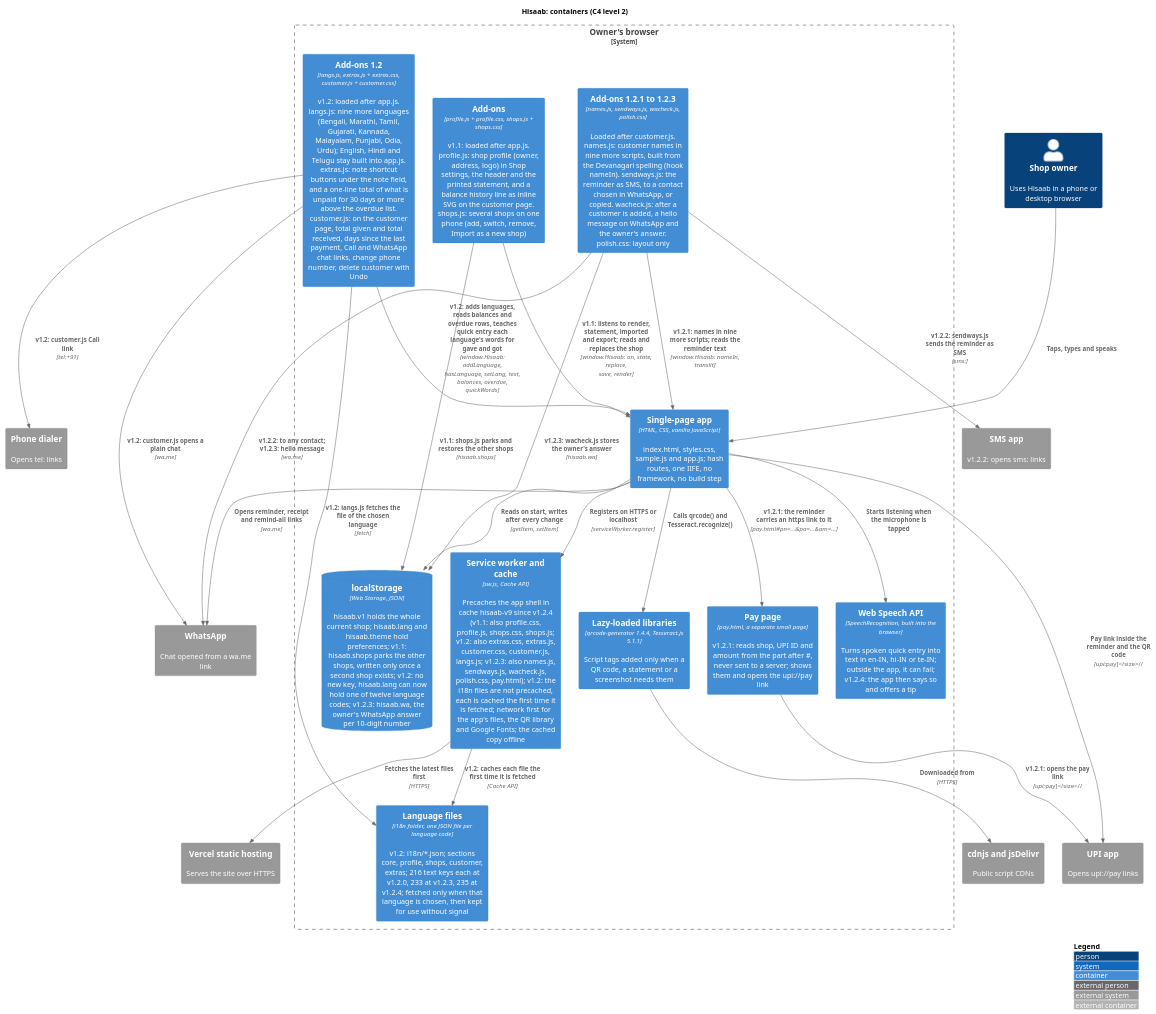
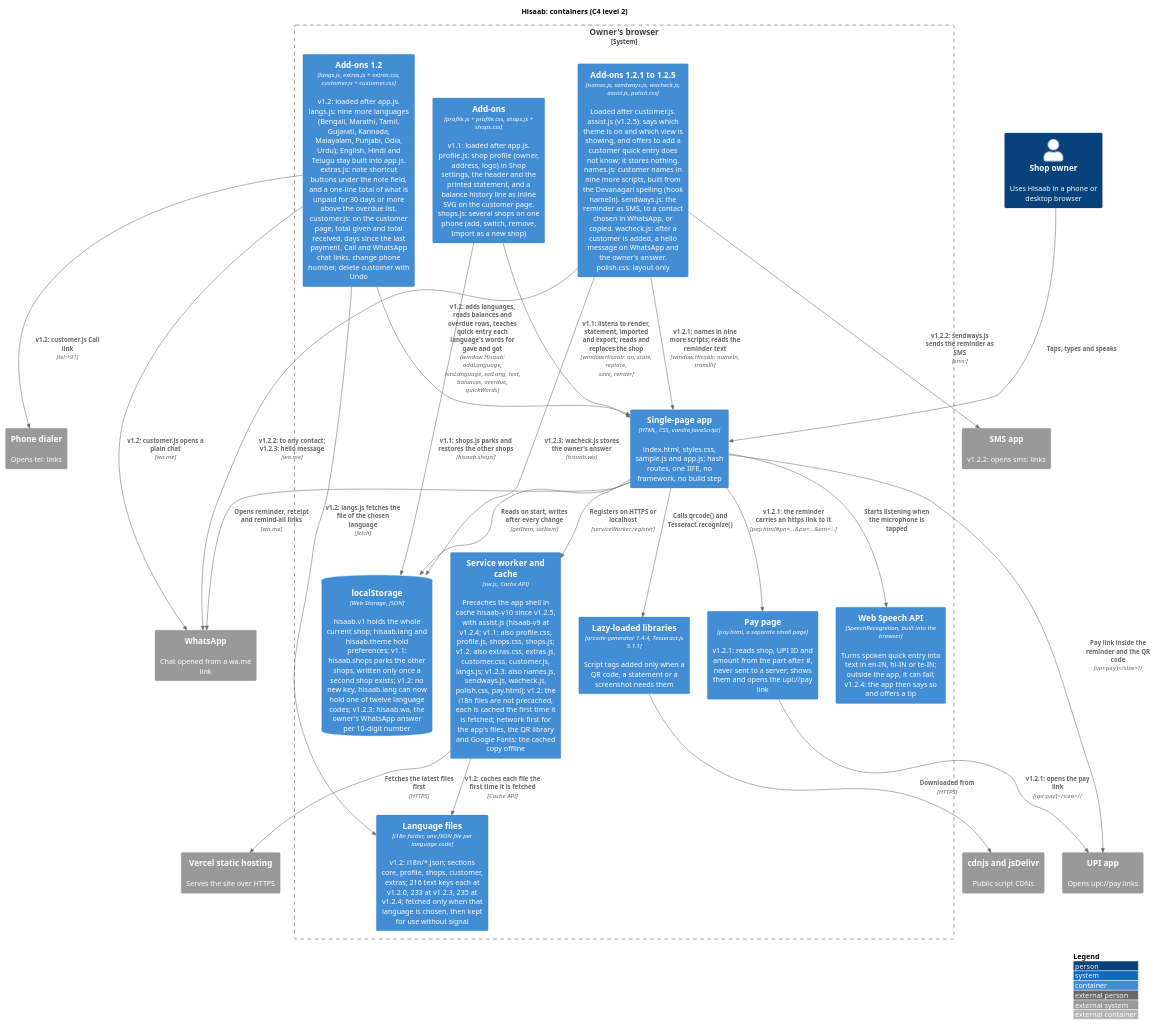
The diagram in docs/diagrams/c4-container.puml (karwasanjay007/hisaab-docs), drawn with PlantUML before and after one commit. The commit also changed 22 other files, not shown here.

Commit message:
Version 1.2.5.0: controls that say what they did (assist.js); report, V-26, two features and ten criteria, five diagrams, evidence

```diff
--- a/docs/diagrams/c4-container.puml
+++ b/docs/diagrams/c4-container.puml
@@ -1,50 +1,50 @@
 @startuml c4-container
 !include <C4/C4_Container>
 title Hisaab: containers (C4 level 2)
 
 Person(owner, "Shop owner", "Uses Hisaab in a phone or desktop browser")
 System_Ext(whatsapp, "WhatsApp", "Chat opened from a wa.me link")
 System_Ext(upi, "UPI app", "Opens upi://pay links")
 System_Ext(dialer, "Phone dialer", "Opens tel: links")
 System_Ext(sms, "SMS app", "v1.2.2: opens sms: links")
 System_Ext(cdn, "cdnjs and jsDelivr", "Public script CDNs")
 System_Ext(vercel, "Vercel static hosting", "Serves the site over HTTPS")
 
 System_Boundary(browser, "Owner's browser") {
   Container(spa, "Single-page app", "HTML, CSS, vanilla JavaScript", "index.html, styles.css, sample.js and app.js; hash routes, one IIFE, no framework, no build step")
   Container(addons, "Add-ons", "profile.js + profile.css, shops.js + shops.css", "v1.1: loaded after app.js. profile.js: shop profile (owner, address, logo) in Shop settings, the header and the printed statement, and a balance history line as inline SVG on the customer page. shops.js: several shops on one phone (add, switch, remove, Import as a new shop)")
   ContainerDb(ls, "localStorage", "Web Storage, JSON", "hisaab.v1 holds the whole current shop; hisaab.lang and hisaab.theme hold preferences; v1.1: hisaab.shops parks the other shops, written only once a second shop exists; v1.2: no new key, hisaab.lang can now hold one of twelve language codes; v1.2.3: hisaab.wa, the owner's WhatsApp answer per 10-digit number")
-  Container(sw, "Service worker and cache", "sw.js, Cache API", "Precaches the app shell in cache hisaab-v9 since v1.2.4 (v1.1: also profile.css, profile.js, shops.css, shops.js; v1.2: also extras.css, extras.js, customer.css, customer.js, langs.js; v1.2.3: also names.js, sendways.js, wacheck.js, polish.css, pay.html); v1.2: the i18n files are not precached, each is cached the first time it is fetched; network first for the app's files, the QR library and Google Fonts; the cached copy offline")
+  Container(sw, "Service worker and cache", "sw.js, Cache API", "Precaches the app shell in cache hisaab-v10 since v1.2.5, with assist.js (hisaab-v9 at v1.2.4; v1.1: also profile.css, profile.js, shops.css, shops.js; v1.2: also extras.css, extras.js, customer.css, customer.js, langs.js; v1.2.3: also names.js, sendways.js, wacheck.js, polish.css, pay.html); v1.2: the i18n files are not precached, each is cached the first time it is fetched; network first for the app's files, the QR library and Google Fonts; the cached copy offline")
   Container(addons12, "Add-ons 1.2", "langs.js, extras.js + extras.css, customer.js + customer.css", "v1.2: loaded after app.js. langs.js: nine more languages (Bengali, Marathi, Tamil, Gujarati, Kannada, Malayalam, Punjabi, Odia, Urdu); English, Hindi and Telugu stay built into app.js. extras.js: note shortcut buttons under the note field, and a one-line total of what is unpaid for 30 days or more above the overdue list. customer.js: on the customer page, total given and total received, days since the last payment, Call and WhatsApp chat links, change phone number, delete customer with Undo")
   Container(i18nfiles, "Language files", "i18n folder, one JSON file per language code", "v1.2: i18n/*.json; sections core, profile, shops, customer, extras; 216 text keys each at v1.2.0, 233 at v1.2.3, 235 at v1.2.4; fetched only when that language is chosen, then kept for use without signal")
-  Container(addons123, "Add-ons 1.2.1 to 1.2.3", "names.js, sendways.js, wacheck.js, polish.css", "Loaded after customer.js. names.js: customer names in nine more scripts, built from the Devanagari spelling (hook nameIn). sendways.js: the reminder as SMS, to a contact chosen in WhatsApp, or copied. wacheck.js: after a customer is added, a hello message on WhatsApp and the owner's answer. polish.css: layout only")
+  Container(addons123, "Add-ons 1.2.1 to 1.2.5", "names.js, sendways.js, wacheck.js, assist.js, polish.css", "Loaded after customer.js. assist.js (v1.2.5): says which theme is on and which view is showing, and offers to add a customer quick entry does not know; it stores nothing. names.js: customer names in nine more scripts, built from the Devanagari spelling (hook nameIn). sendways.js: the reminder as SMS, to a contact chosen in WhatsApp, or copied. wacheck.js: after a customer is added, a hello message on WhatsApp and the owner's answer. polish.css: layout only")
   Container(paypage, "Pay page", "pay.html, a separate small page", "v1.2.1: reads shop, UPI ID and amount from the part after #, never sent to a server; shows them and opens the upi://pay link")
   Container(libs, "Lazy-loaded libraries", "qrcode-generator 1.4.4, Tesseract.js 5.1.1", "Script tags added only when a QR code, a statement or a screenshot needs them")
   Container(speech, "Web Speech API", "SpeechRecognition, built into the browser", "Turns spoken quick entry into text in en-IN, hi-IN or te-IN; outside the app, it can fail; v1.2.4: the app then says so and offers a tip")
 }
 
 Rel(owner, spa, "Taps, types and speaks")
 Rel(spa, ls, "Reads on start, writes after every change", "getItem, setItem")
 Rel(addons, spa, "v1.1: listens to render, statement, imported and export; reads and replaces the shop", "window.Hisaab: on, state, replace, save, render")
 Rel(addons, ls, "v1.1: shops.js parks and restores the other shops", "hisaab.shops")
 Rel(addons12, spa, "v1.2: adds languages, reads balances and overdue rows, teaches quick entry each language's words for gave and got", "window.Hisaab: addLanguage, hasLanguage, setLang, text, balances, overdue, quickWords")
 Rel(addons12, i18nfiles, "v1.2: langs.js fetches the file of the chosen language", "fetch")
 Rel(sw, i18nfiles, "v1.2: caches each file the first time it is fetched", "Cache API")
 Rel(spa, sw, "Registers on HTTPS or localhost", "serviceWorker.register")
 Rel(sw, vercel, "Fetches the latest files first", "HTTPS")
 Rel(spa, libs, "Calls qrcode() and Tesseract.recognize()")
 Rel(libs, cdn, "Downloaded from", "HTTPS")
 Rel(spa, speech, "Starts listening when the microphone is tapped")
 Rel(spa, whatsapp, "Opens reminder, receipt and remind-all links", "wa.me")
 Rel(spa, upi, "Pay link inside the reminder and the QR code", "upi://pay")
 Rel(addons12, whatsapp, "v1.2: customer.js opens a plain chat", "wa.me")
 Rel(addons12, dialer, "v1.2: customer.js Call link", "tel:+91")
 Rel(addons123, spa, "v1.2.1: names in nine more scripts; reads the reminder text", "window.Hisaab: nameIn, translit")
 Rel(addons123, ls, "v1.2.3: wacheck.js stores the owner's answer", "hisaab.wa")
 Rel(addons123, sms, "v1.2.2: sendways.js sends the reminder as SMS", "sms:")
 Rel(addons123, whatsapp, "v1.2.2: to any contact; v1.2.3: hello message", "wa.me")
 Rel(spa, paypage, "v1.2.1: the reminder carries an https link to it", "pay.html#pn=...&pa=...&am=...")
 Rel(paypage, upi, "v1.2.1: opens the pay link", "upi://pay")
 
 LAYOUT_WITH_LEGEND()
 @enduml
```
